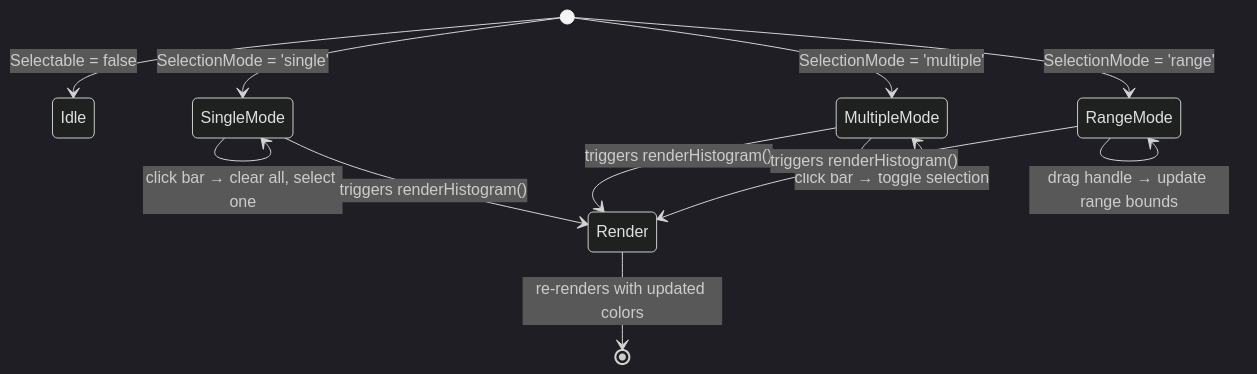
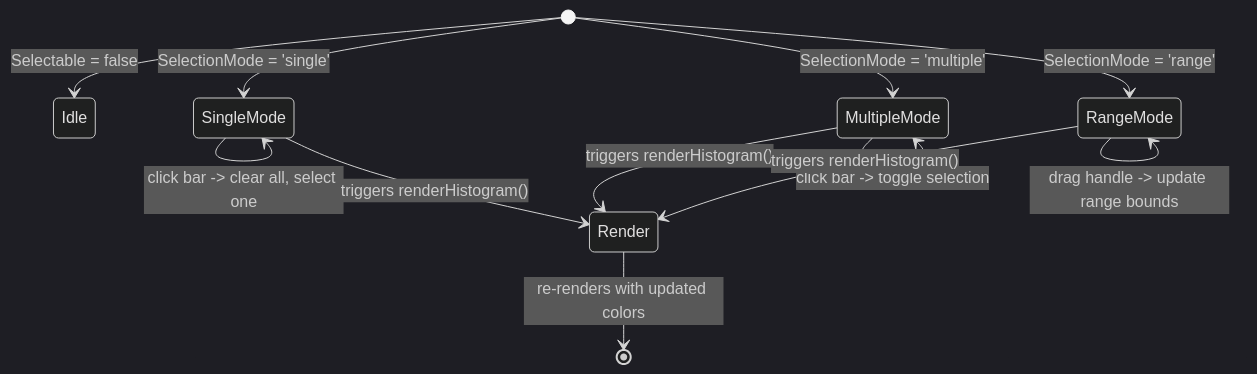
Before and after one commit to stevenvelozo/pict-section-histogram: the fourth of 5 diagrams in docs/architecture.md, drawn with Mermaid (dark theme). The commit also changed other lines of this file and 7 other files, not shown here.

````diff
--- a/docs/architecture.md
+++ b/docs/architecture.md
@@ -125,19 +125,19 @@
 ```mermaid
 stateDiagram-v2
     [*] --> Idle : Selectable = false
 
     [*] --> SingleMode : SelectionMode = 'single'
     [*] --> MultipleMode : SelectionMode = 'multiple'
     [*] --> RangeMode : SelectionMode = 'range'
 
-    SingleMode --> SingleMode : click bar → clear all, select one
-    MultipleMode --> MultipleMode : click bar → toggle selection
-    RangeMode --> RangeMode : click bar → move nearest handle
-    RangeMode --> RangeMode : drag handle → update range bounds
+    SingleMode --> SingleMode : click bar -> clear all, select one
+    MultipleMode --> MultipleMode : click bar -> toggle selection
+    RangeMode --> RangeMode : click bar -> move nearest handle
+    RangeMode --> RangeMode : drag handle -> update range bounds
 
     SingleMode --> Render : triggers renderHistogram()
     MultipleMode --> Render : triggers renderHistogram()
     RangeMode --> Render : triggers renderHistogram()
 
     Render --> [*] : re-renders with updated colors
 ```
````
